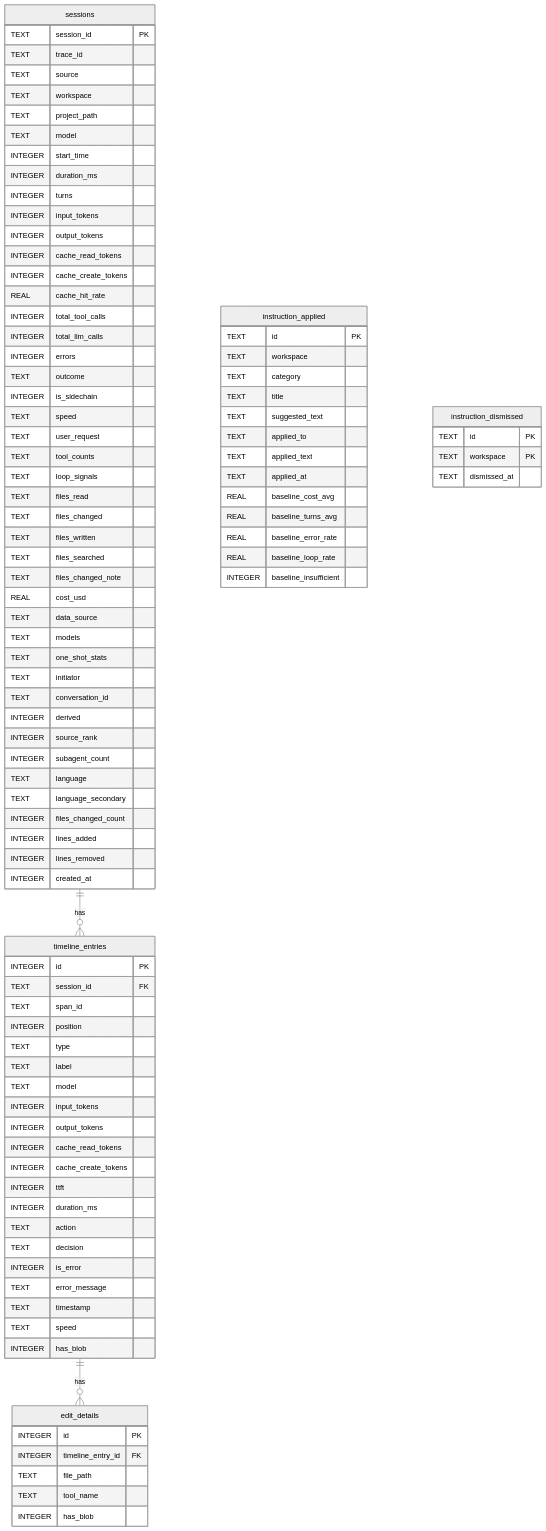
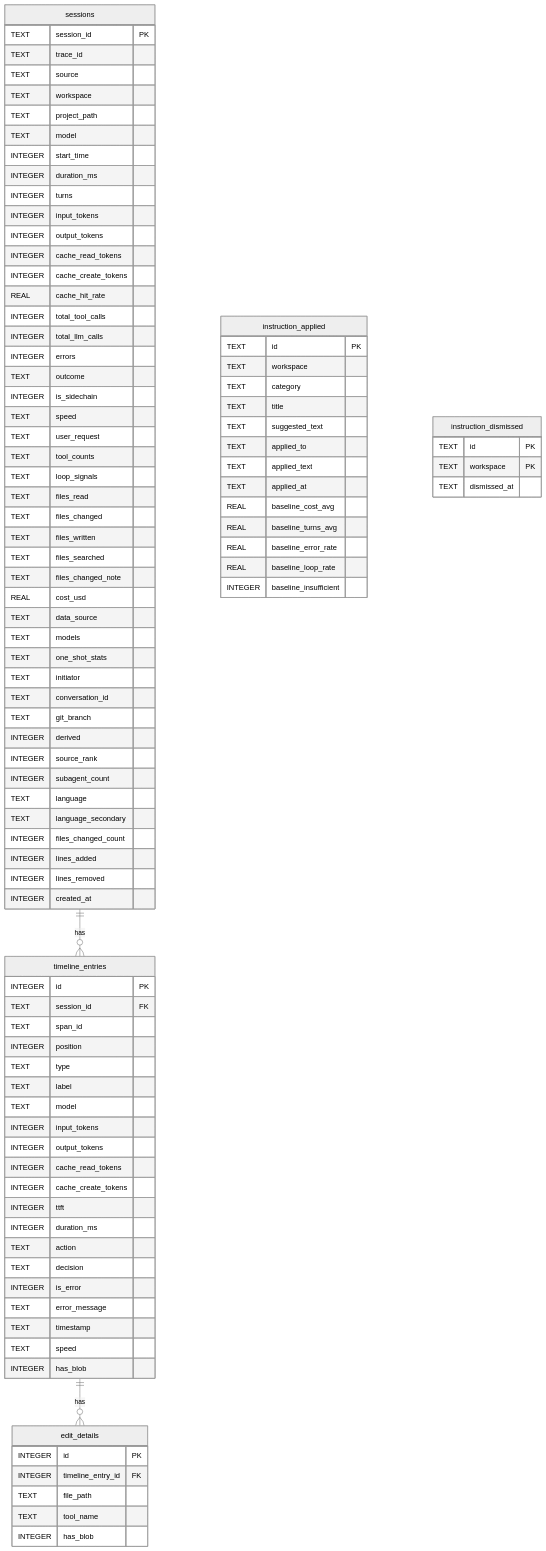
One commit to traceroost/core changed the eighth of 20 diagrams in ARCHITECTURE.md. Above: the diagram before and after it, drawn with Mermaid (neutral theme). The commit also changed other lines of this file and 39 other files, not shown here.

```diff
--- a/ARCHITECTURE.md
+++ b/ARCHITECTURE.md
@@ -500,6 +500,7 @@
         TEXT one_shot_stats
         TEXT initiator
         TEXT conversation_id
+        TEXT git_branch
         INTEGER derived
         INTEGER source_rank
         INTEGER subagent_count
```
